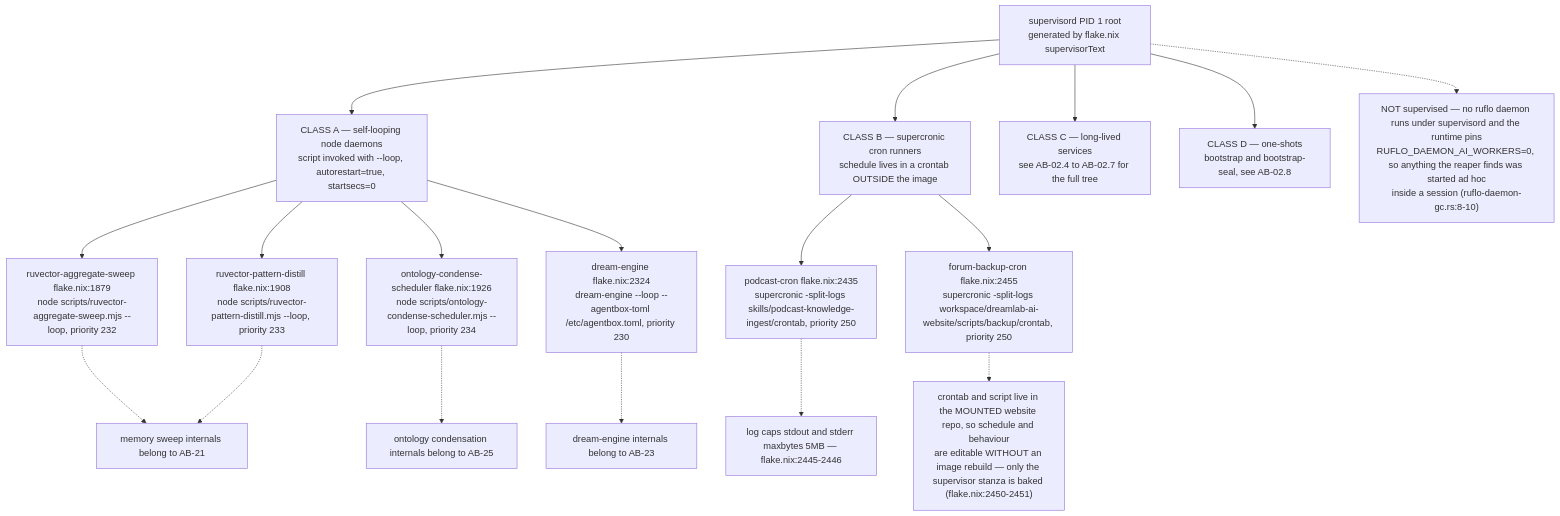
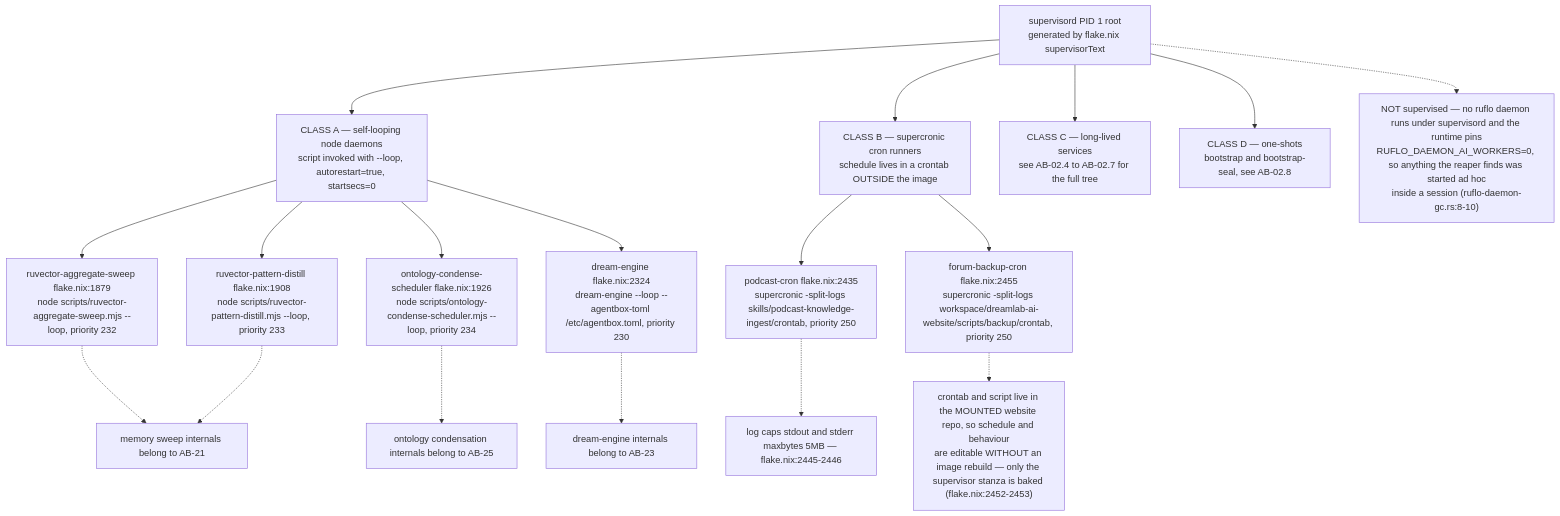
The first of 9 diagrams in docs/diagrams/agentbox/07-daemons-reapers-cron-backups.md (DreamLab-AI/VisionFlow), drawn with Mermaid before and after one commit. The commit also changed other lines of this file and 52 other files, not shown here.

First line of the commit message:
docs(diagrams): wave 3 checkpoint — bare line refs resolved, revision-pinned cite-check, VC-05/AB-01..13 re-attested

````diff
--- a/docs/diagrams/agentbox/07-daemons-reapers-cron-backups.md
+++ b/docs/diagrams/agentbox/07-daemons-reapers-cron-backups.md
@@ -25,20 +25,20 @@
 ```mermaid
 flowchart TD
     SUP["supervisord PID 1 root<br/>generated by flake.nix supervisorText"] --> C1["CLASS A — self-looping node daemons<br/>script invoked with --loop, autorestart=true, startsecs=0"]
     SUP --> C2["CLASS B — supercronic cron runners<br/>schedule lives in a crontab OUTSIDE the image"]
     SUP --> C3["CLASS C — long-lived services<br/>see AB-02.4 to AB-02.7 for the full tree"]
     SUP --> C4["CLASS D — one-shots<br/>bootstrap and bootstrap-seal, see AB-02.8"]
     C1 --> A1["ruvector-aggregate-sweep flake.nix:1879<br/>node scripts/ruvector-aggregate-sweep.mjs --loop, priority 232"]
     C1 --> A2["ruvector-pattern-distill flake.nix:1908<br/>node scripts/ruvector-pattern-distill.mjs --loop, priority 233"]
     C1 --> A3["ontology-condense-scheduler flake.nix:1926<br/>node scripts/ontology-condense-scheduler.mjs --loop, priority 234"]
     C1 --> A4["dream-engine flake.nix:2324<br/>dream-engine --loop --agentbox-toml /etc/agentbox.toml, priority 230"]
     C2 --> B1["podcast-cron flake.nix:2435<br/>supercronic -split-logs skills/podcast-knowledge-ingest/crontab, priority 250"]
     C2 --> B2["forum-backup-cron flake.nix:2455<br/>supercronic -split-logs workspace/dreamlab-ai-website/scripts/backup/crontab, priority 250"]
     A1 -.-> M1["memory sweep internals belong to AB-21"]
     A2 -.-> M1
     A3 -.-> M2["ontology condensation internals belong to AB-25"]
     A4 -.-> M3["dream-engine internals belong to AB-23"]
     B1 -.-> N1["log caps stdout and stderr maxbytes 5MB — flake.nix:2445-2446"]
-    B2 -.-> N2["crontab and script live in the MOUNTED website repo, so schedule and behaviour<br/>are editable WITHOUT an image rebuild — only the supervisor stanza is baked (flake.nix:2450-2451)"]
+    B2 -.-> N2["crontab and script live in the MOUNTED website repo, so schedule and behaviour<br/>are editable WITHOUT an image rebuild — only the supervisor stanza is baked (flake.nix:2452-2453)"]
     SUP -.-> ADHOC["NOT supervised — no ruflo daemon runs under supervisord and the runtime pins<br/>RUFLO_DAEMON_AI_WORKERS=0, so anything the reaper finds was started ad hoc<br/>inside a session (ruflo-daemon-gc.rs:8-10)"]
 ```
````
